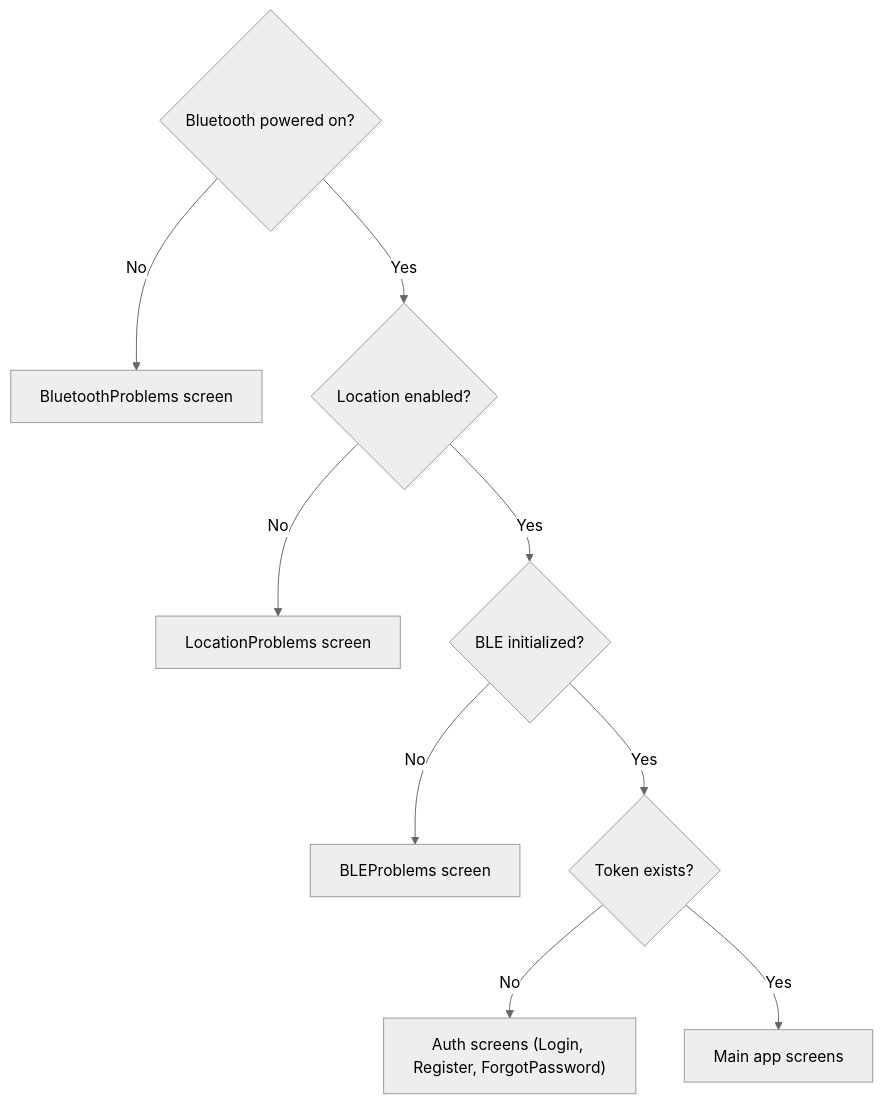
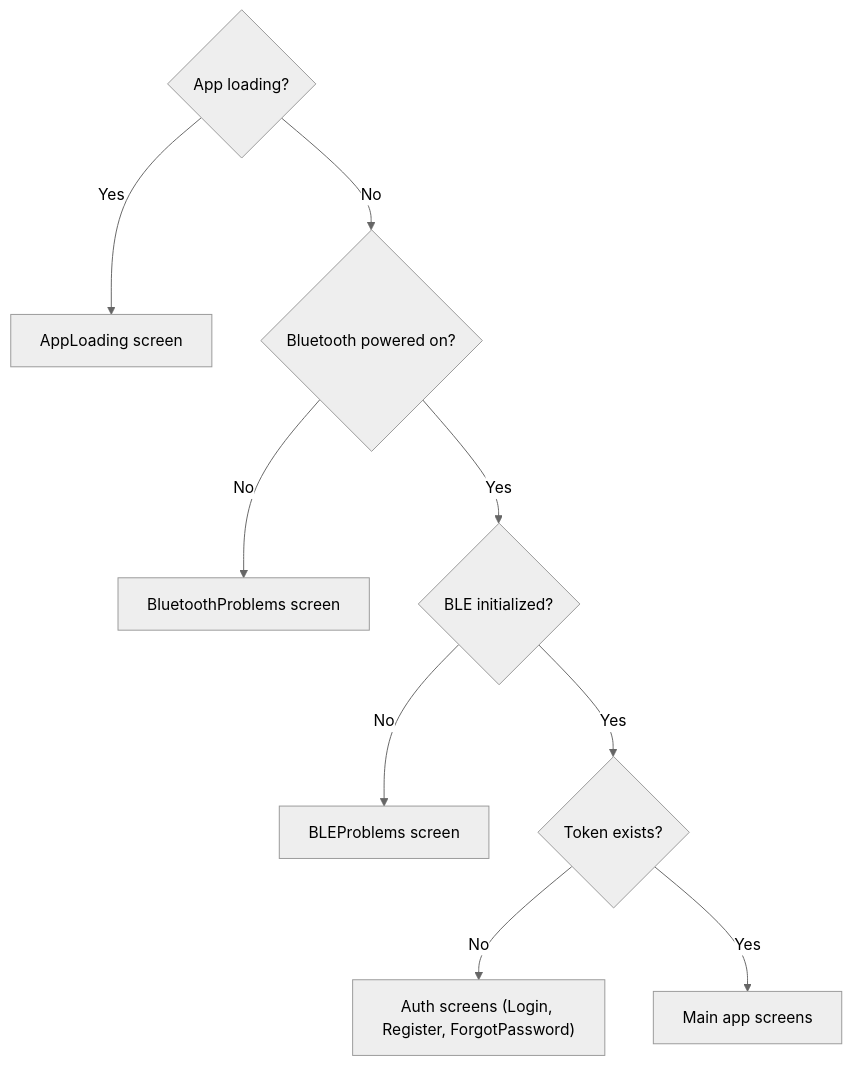
Before and after one commit to wildlifeai/ww-mobile-app: the diagram in documentation/onboarding/01-TECHNOLOGY-STACK.md, drawn with Mermaid (neutral theme). The commit also changed other lines of this file and 25 other files, not shown here.

````diff
--- a/documentation/onboarding/01-TECHNOLOGY-STACK.md
+++ b/documentation/onboarding/01-TECHNOLOGY-STACK.md
@@ -246,11 +240,11 @@
 ```mermaid
 flowchart TD
-    A{"Bluetooth powered on?"} -- No --> B["BluetoothProblems screen"]
-    A -- Yes --> C{"Location enabled?"}
-    C -- No --> D["LocationProblems screen"]
+    A{"App loading?"} -- Yes --> B["AppLoading screen"]
+    A -- No --> C{"Bluetooth powered on?"}
+    C -- No --> D["BluetoothProblems screen"]
     C -- Yes --> E{"BLE initialized?"}
     E -- No --> F["BLEProblems screen"]
     E -- Yes --> G{"Token exists?"}
     G -- No --> H["Auth screens (Login, Register, ForgotPassword)"]
     G -- Yes --> I["Main app screens"]
 ```
````
